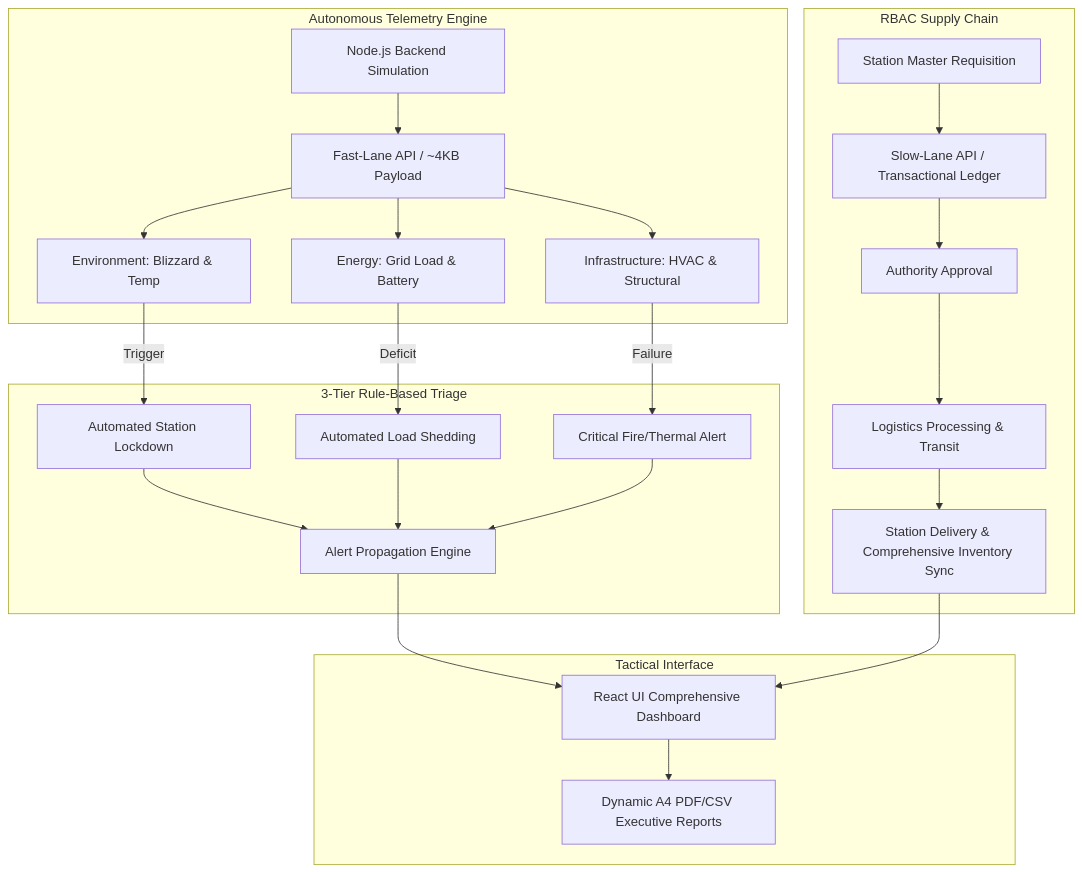
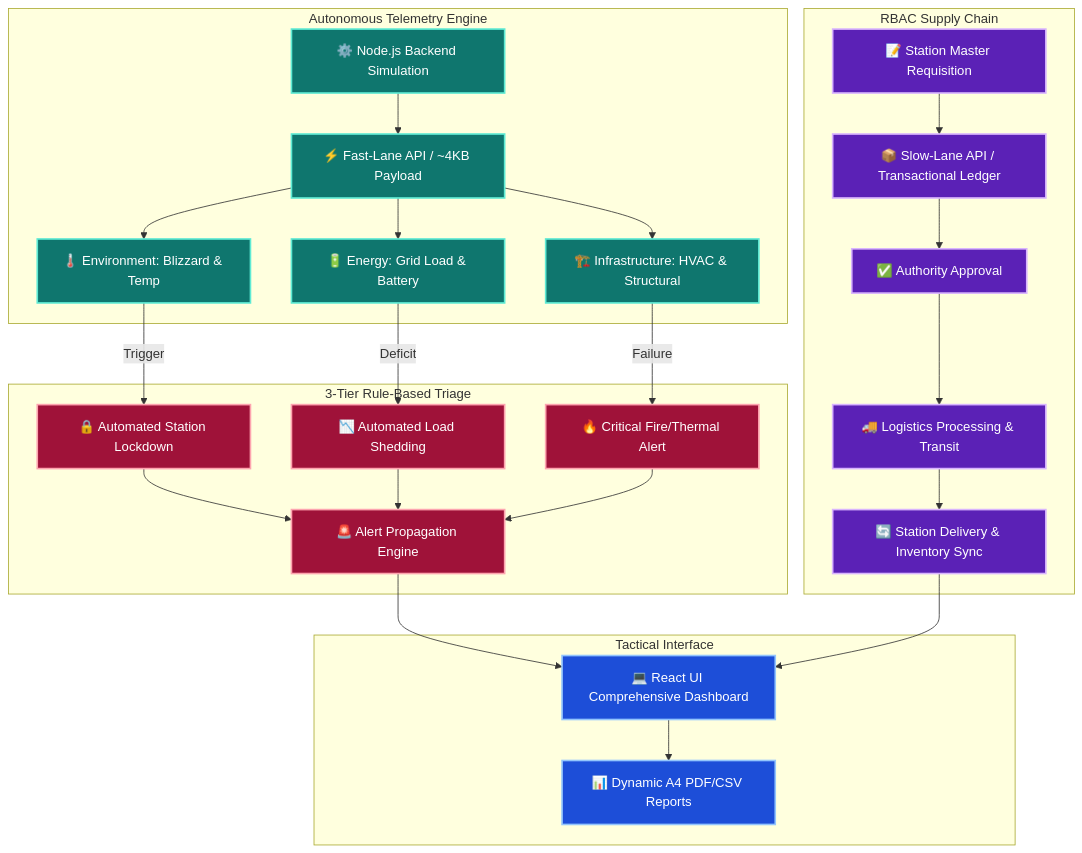
One commit to BPPIMTSIH26/SIH26060 changed the first of 3 diagrams in README.md. Above: the diagram before and after it, drawn with Mermaid. The commit also changed other lines of this file and 3 other files, not shown here.

````diff
--- a/README.md
+++ b/README.md
@@ -72,32 +72,44 @@
 ```mermaid
 flowchart TD
     subgraph Simulation [Autonomous Telemetry Engine]
-        A[Node.js Backend Simulation] --> B[Fast-Lane API / ~4KB Payload]
-        B --> C[Environment: Blizzard & Temp]
-        B --> D[Energy: Grid Load & Battery]
-        B --> E[Infrastructure: HVAC & Structural]
+        A["⚙️ Node.js Backend Simulation"] --> B["⚡ Fast-Lane API / ~4KB Payload"]
+        B --> C["🌡️ Environment: Blizzard & Temp"]
+        B --> D["🔋 Energy: Grid Load & Battery"]
+        B --> E["🏗️ Infrastructure: HVAC & Structural"]
     end
     
     subgraph Triage [3-Tier Rule-Based Triage]
-        C -->|Trigger| F[Automated Station Lockdown]
-        D -->|Deficit| G[Automated Load Shedding]
-        E -->|Failure| H[Critical Fire/Thermal Alert]
+        C -->|Trigger| F["🔒 Automated Station Lockdown"]
+        D -->|Deficit| G["📉 Automated Load Shedding"]
+        E -->|Failure| H["🔥 Critical Fire/Thermal Alert"]
         
-        F --> I[Alert Propagation Engine]
+        F --> I["🚨 Alert Propagation Engine"]
         G --> I
         H --> I
     end
 
     subgraph Workflow [RBAC Supply Chain]
-        K[Station Master Requisition] --> S[Slow-Lane API / Transactional Ledger]
-        S --> L[Authority Approval]
-        L --> M[Logistics Processing & Transit]
-        M --> N[Station Delivery & Comprehensive Inventory Sync]
+        K["📝 Station Master Requisition"] --> S["📦 Slow-Lane API / Transactional Ledger"]
+        S --> L["✅ Authority Approval"]
+        L --> M["🚚 Logistics Processing & Transit"]
+        M --> N["🔄 Station Delivery & Inventory Sync"]
     end
 
     subgraph Command [Tactical Interface]
-        I --> J[React UI Comprehensive Dashboard]
+        I --> J["💻 React UI Comprehensive Dashboard"]
         N --> J
-        J --> O[Dynamic A4 PDF/CSV Executive Reports]
+        J --> O["📊 Dynamic A4 PDF/CSV Reports"]
     end
+
+    %% Class Definitions for Colors
+    classDef sim fill:#0f766e,stroke:#5eead4,color:#fff,stroke-width:2px
+    classDef triage fill:#9f1239,stroke:#fda4af,color:#fff,stroke-width:2px
+    classDef work fill:#5b21b6,stroke:#d8b4fe,color:#fff,stroke-width:2px
+    classDef cmd fill:#1d4ed8,stroke:#93c5fd,color:#fff,stroke-width:2px
+
+    %% Assigning Classes to Nodes
+    class A,B,C,D,E sim
+    class F,G,H,I triage
+    class K,S,L,M,N work
+    class J,O cmd
 ```
````
